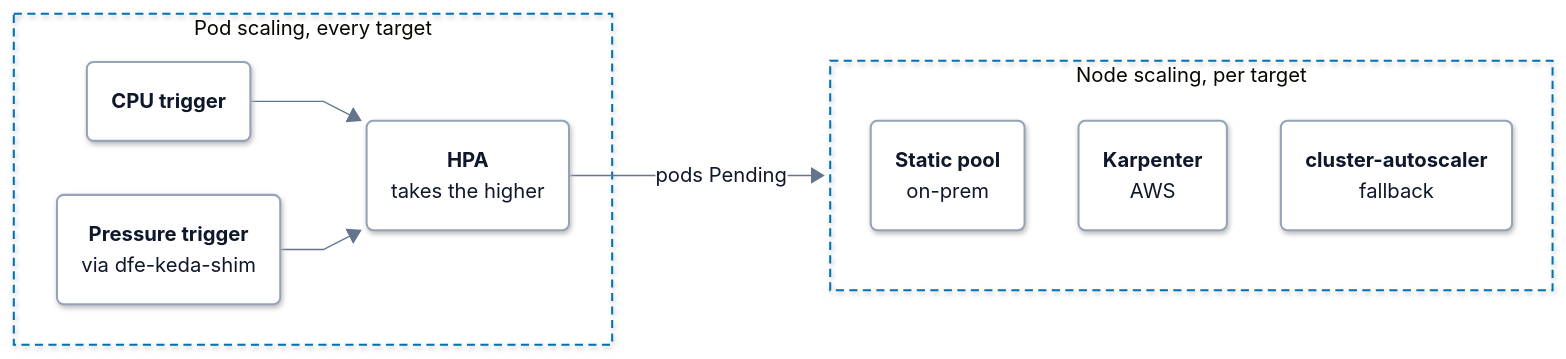
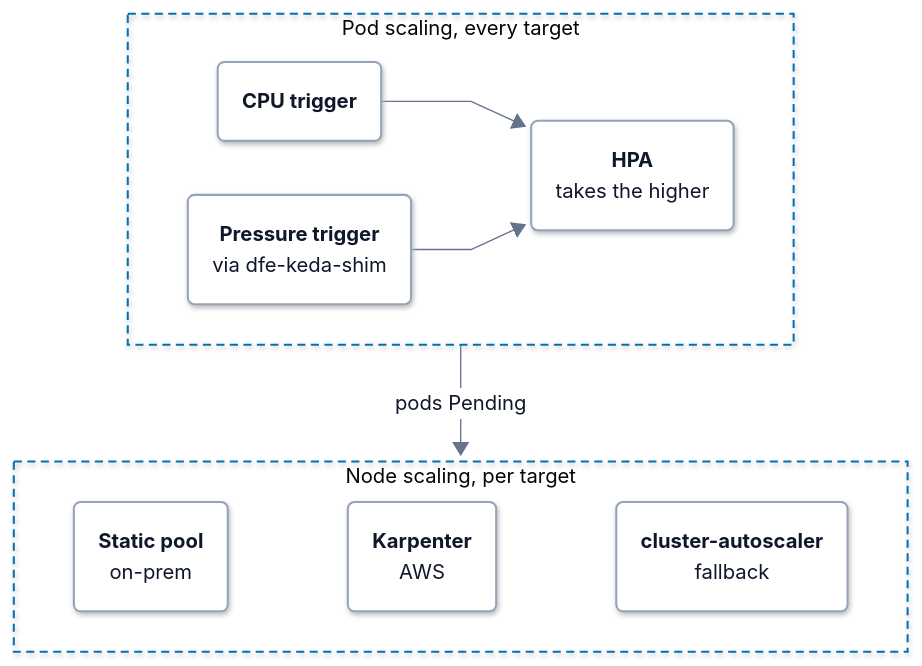
The diagram in docs/autoscaling.md (hyperi-io/dfe-infra), drawn with Mermaid before and after one commit. The commit also changed 17 other files, not shown here.

First line of the commit message:
docs(architecture): map suite in architecture.md and fit charts to 860 px (#1152)

````diff
--- a/docs/autoscaling.md
+++ b/docs/autoscaling.md
@@ -5,81 +5,80 @@
 ```mermaid
 ---
 config:
   theme: base
   look: neo
   fontFamily: Inter, -apple-system, Segoe UI, Roboto, Helvetica, Arial, sans-serif
   flowchart:
     curve: linear
     nodeSpacing: 40
     rankSpacing: 64
     padding: 18
     wrappingWidth: 280
     htmlLabels: true
   elk:
     preset: modelOrder
   themeVariables:
     fontSize: 15px
     lineColor: "#64748B"
     primaryTextColor: "#0F172A"
     clusterBorder: "#0072B2"
     edgeLabelBackground: "#FFFFFF"
   themeCSS: >-
     p{margin:0}
     .node[data-look] rect,.node[data-look] path,.node[data-look] polygon,.node[data-look] .outer-path{filter:drop-shadow(0 1px 2px rgba(15,23,42,.10)) drop-shadow(0 6px 14px rgba(15,23,42,.10))}
     .node rect{rx:10px;ry:10px}
     .cluster rect{rx:16px;ry:16px}
     .node .label div{min-width:150px}
     .node.decision .label div{min-width:0}
     .cluster[data-look] rect{filter:none}
     .nodeLabel{line-height:1.35}
     .nodeLabel b{font-weight:600;font-size:15px;letter-spacing:-0.01em}
     .nodeLabel span{font-size:12.5px;font-weight:400;color:#334155}
     .cluster-label span.nodeLabel{display:inline-block;background:#FFFFFF;color:#0B2A3F;border:1.5px solid #0072B2;border-radius:999px;padding:2px 12px;font-size:11.5px;font-weight:700;letter-spacing:.09em;text-transform:uppercase}
     .flowchart-link{stroke-width:1.75px}
     .labelBkg{background:transparent!important}
     span.edgeLabel{display:inline-block;background:#FFFFFF!important;color:#1E293B;border:1px solid #94A3B8;border-radius:999px;padding:2px 10px;font-size:12px;font-weight:500}
     span.edgeLabel p{background:transparent!important}
     .label-icon{width:20px;height:20px;vertical-align:-4px;margin-right:6px}
     .ingest .label-icon{color:#0E8A7D}
     .xform .label-icon{color:#7B4FB0}
     .load .label-icon{color:#0072B2}
     .bus .label-icon{color:#A8517F}
     .store .label-icon{color:#00785A}
     .ui .label-icon{color:#D9480F}
     .ext .label-icon{color:#64748B}
 ---
-flowchart LR
+flowchart TB
     accTitle: L4 Detail -- Autoscaling layers
     accDescr: On every target the HPA KEDA drives reads a CPU trigger and a pressure trigger through dfe-keda-shim and takes the higher. Pods it cannot place go Pending, and the node layer adds nodes with a static pool on-prem, Karpenter on AWS or cluster-autoscaler as the portable fallback.
-
     subgraph pods["Pod scaling, every target"]
+        direction LR
         cpu("<b>CPU trigger</b>")
         shim("<b>Pressure trigger</b><br/><span>via dfe-keda-shim</span>")
         hpa("<b>HPA</b><br/><span>takes the higher</span>")
+        cpu --> hpa
+        shim --> hpa
     end
-
     subgraph nodes["Node scaling, per target"]
+        direction LR
         static("<b>Static pool</b><br/><span>on-prem</span>")
         karpenter("<b>Karpenter</b><br/><span>AWS</span>")
         ca("<b>cluster-autoscaler</b><br/><span>fallback</span>")
+        static ~~~ karpenter ~~~ ca
     end
-
-    cpu --> hpa
-    shim --> hpa
-    hpa -->|pods Pending| nodes
-
+    pods -->|pods Pending| nodes
     class cpu,shim,hpa,static,karpenter,ca part
   classDef ext fill:#F4F6F8,stroke:#94A3B8,stroke-width:1.5px,stroke-dasharray:5 4,color:#0F172A
   classDef ingest fill:#FFFFFF,stroke:#0E8A7D,stroke-width:3px,color:#0F172A
   classDef xform fill:#FFFFFF,stroke:#7B4FB0,stroke-width:3px,color:#0F172A
   classDef load fill:#FFFFFF,stroke:#0072B2,stroke-width:3px,color:#0F172A
   classDef bus fill:#FFFFFF,stroke:#A8517F,stroke-width:3px,color:#0F172A
   classDef store fill:#FFFFFF,stroke:#00785A,stroke-width:3px,color:#0F172A
   classDef ui fill:#FFFFFF,stroke:#D9480F,stroke-width:3px,color:#0F172A
   classDef decision fill:#FFFFFF,stroke:#9A6700,stroke-width:3px,color:#0F172A
   classDef error fill:#FFFFFF,stroke:#C2410C,stroke-width:3px,color:#0F172A
   classDef control fill:#FFFFFF,stroke:#334155,stroke-width:3px,color:#0F172A
   classDef part fill:#FFFFFF,stroke:#94A3B8,stroke-width:1.5px,color:#0F172A
   style pods fill:none,stroke:#0072B2,stroke-width:1.5px,stroke-dasharray:6 4
   style nodes fill:none,stroke:#0072B2,stroke-width:1.5px,stroke-dasharray:6 4
 ```
````
